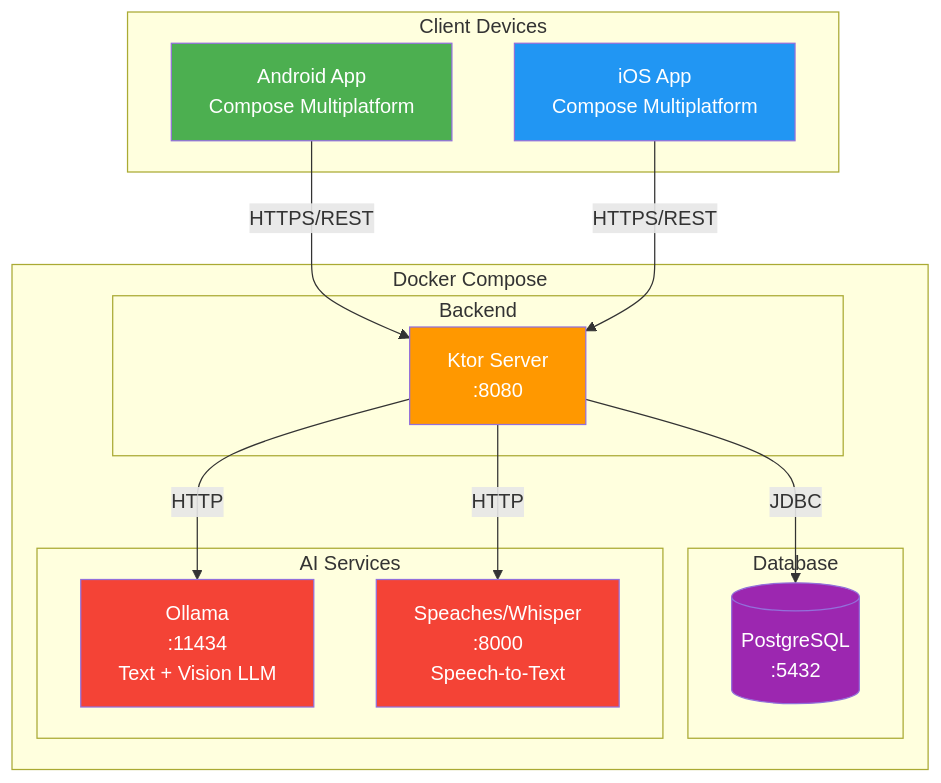
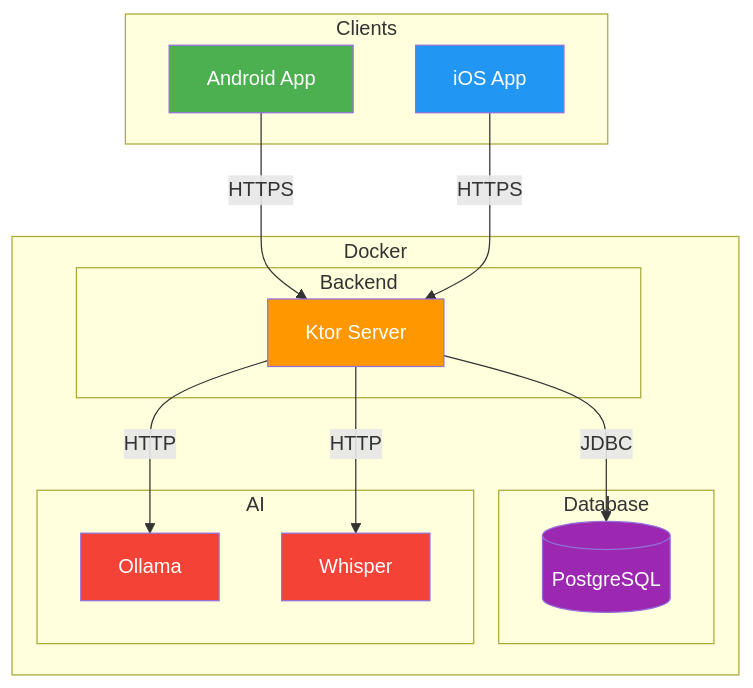
The first of 9 diagrams in docs/architecture.md (LStudioO/skilky-money-tracker), drawn with Mermaid before and after one commit. The commit also changed other lines of this file and 58 other files, not shown here.

````diff
--- a/docs/architecture.md
+++ b/docs/architecture.md
@@ -5,33 +5,33 @@
 ```mermaid
 graph TB
-    subgraph "Client Devices"
-        A[Android App<br/>Compose Multiplatform]
-        I[iOS App<br/>Compose Multiplatform]
+    subgraph Clients
+        A[Android App]
+        I[iOS App]
     end
 
-    subgraph "Docker Compose"
-        subgraph "Backend"
-            K[Ktor Server<br/>:8080]
+    subgraph Docker
+        subgraph Backend
+            K[Ktor Server]
         end
-        subgraph "Database"
-            P[(PostgreSQL<br/>:5432)]
+        subgraph Database
+            P[(PostgreSQL)]
         end
-        subgraph "AI Services"
-            O[Ollama<br/>:11434<br/>Text + Vision LLM]
-            W[Speaches/Whisper<br/>:8000<br/>Speech-to-Text]
+        subgraph AI
+            O[Ollama]
+            W[Whisper]
         end
     end
 
-    A -- HTTPS/REST --> K
-    I -- HTTPS/REST --> K
+    A -- HTTPS --> K
+    I -- HTTPS --> K
     K -- JDBC --> P
     K -- HTTP --> O
     K -- HTTP --> W
 
     style A fill:#4CAF50,color:#fff
     style I fill:#2196F3,color:#fff
     style K fill:#FF9800,color:#fff
     style P fill:#9C27B0,color:#fff
     style O fill:#F44336,color:#fff
     style W fill:#F44336,color:#fff
 ```
````
